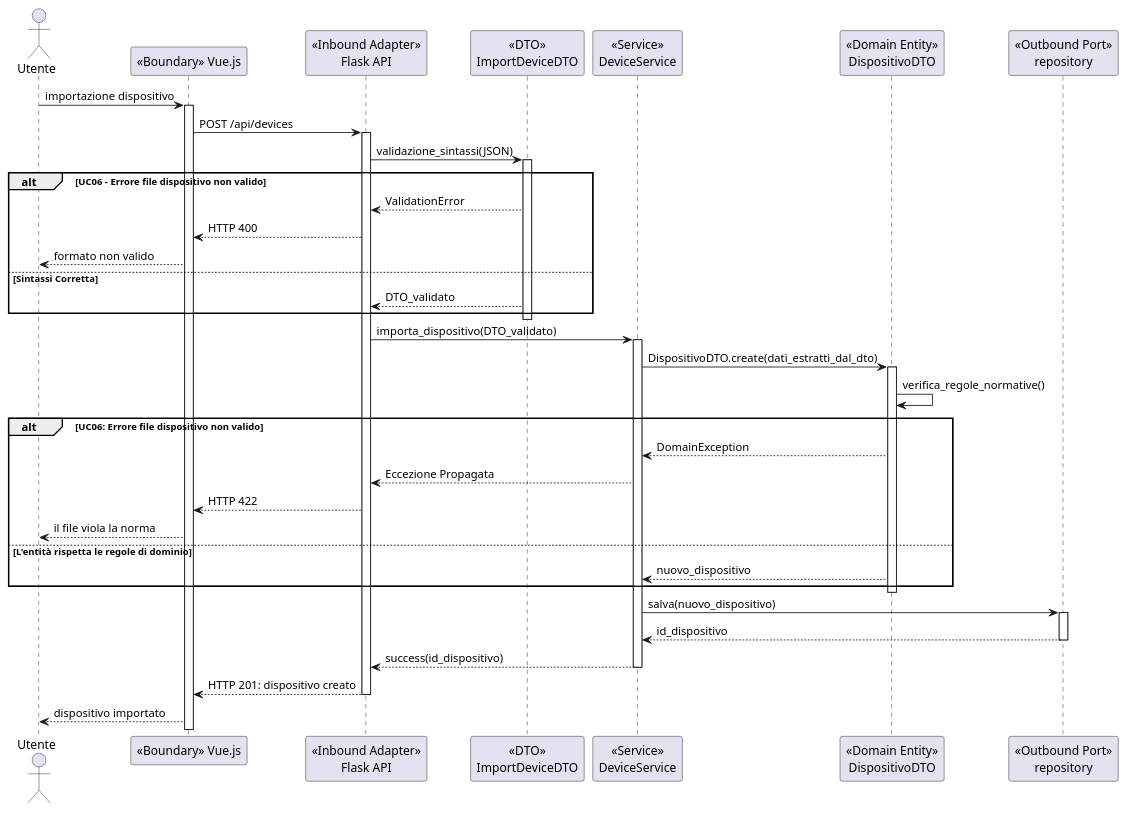
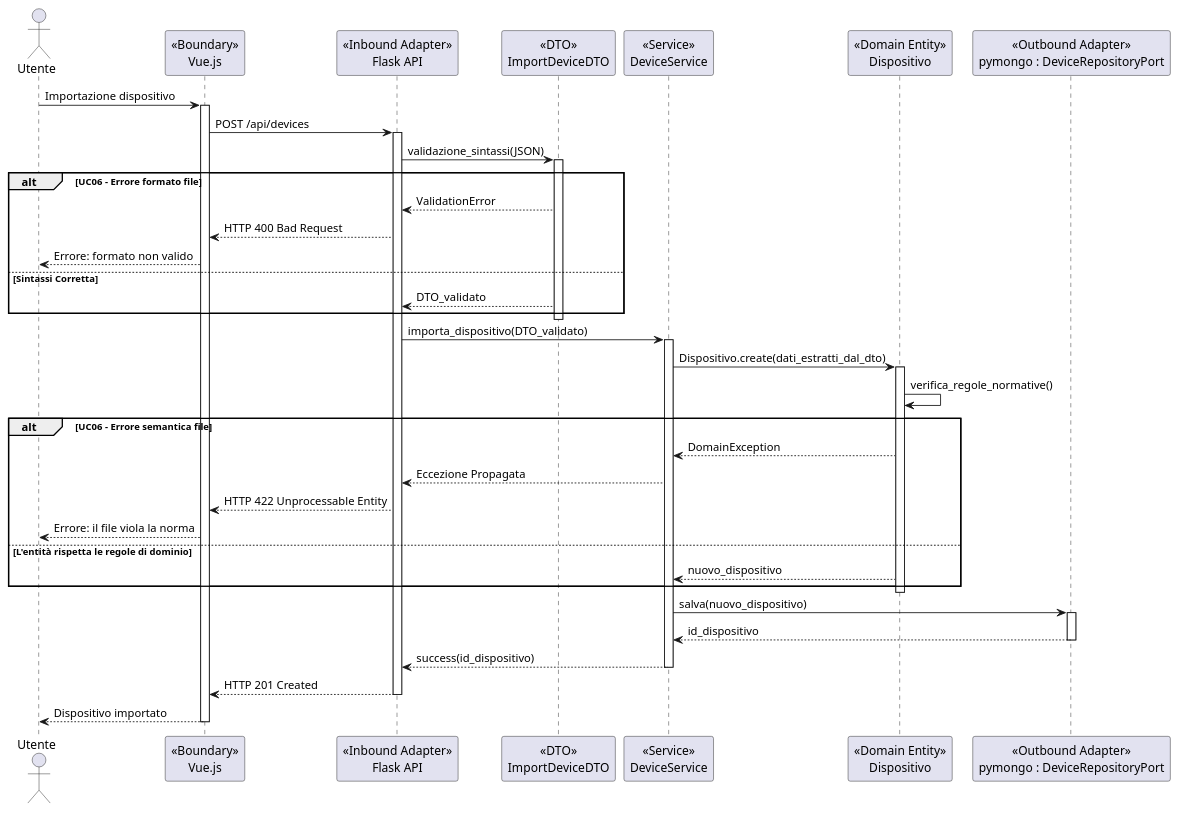
One commit to GroupRubberDuck/Documentazione changed the diagram in src/PB/DocumentazioneEsterna/Specifica_Tecnica/content/03-architettura/uml/puml/Importazione_dispositivo.puml. Above: the diagram before and after it, drawn with PlantUML. The commit also changed 5 other files, not shown here.

Commit message:
Feat: aggiunto diagramma di sequenza per report conformità. #160

```diff
--- a/src/PB/DocumentazioneEsterna/Specifica_Tecnica/content/03-architettura/uml/puml/Importazione_dispositivo.puml
+++ b/src/PB/DocumentazioneEsterna/Specifica_Tecnica/content/03-architettura/uml/puml/Importazione_dispositivo.puml
@@ -1,59 +1,60 @@
-@startuml importazione_dispositivo_uc05-06
+@startuml Importazione_dispositivo_uc05_06
 
 actor "Utente" as utente
-participant "<<Boundary>> Vue.js" as vue
+participant "<<Boundary>>\nVue.js" as vue
 participant "<<Inbound Adapter>>\nFlask API" as flask
 participant "<<DTO>>\nImportDeviceDTO" as DTO
 participant "<<Service>>\nDeviceService" as service
-participant "<<Domain Entity>>\nDispositivoDTO" as domain
-participant "<<Outbound Port>>\nrepository" as repo
+participant "<<Domain Entity>>\nDispositivo" as domain
+participant "<<Outbound Adapter>>\npymongo : DeviceRepositoryPort" as repo
 
-utente -> vue: importazione dispositivo
+utente -> vue: Importazione dispositivo
 activate vue
 
 vue -> flask: POST /api/devices
 activate flask
 
 flask -> DTO: validazione_sintassi(JSON)
 activate DTO
 
-alt UC06 - Errore file dispositivo non valido
+alt UC06 - Errore formato file
     DTO --> flask: ValidationError
-    flask --> vue: HTTP 400
-    vue --> utente: formato non valido
+    flask --> vue: HTTP 400 Bad Request
+    vue --> utente: Errore: formato non valido
 else Sintassi Corretta
     DTO --> flask: DTO_validato
 end
 deactivate DTO
 
 flask -> service: importa_dispositivo(DTO_validato)
 activate service
 
-service -> domain: DispositivoDTO.create(dati_estratti_dal_dto)
+service -> domain: Dispositivo.create(dati_estratti_dal_dto)
 activate domain
 
 domain -> domain: verifica_regole_normative()
-alt UC06: Errore file dispositivo non valido
+alt UC06 - Errore semantica file
     domain --> service: DomainException
     service --> flask: Eccezione Propagata
-    flask --> vue: HTTP 422
-    vue --> utente: il file viola la norma
+    flask --> vue: HTTP 422 Unprocessable Entity
+    vue --> utente: Errore: il file viola la norma
 else L'entità rispetta le regole di dominio
     domain --> service: nuovo_dispositivo
 end
 deactivate domain
 
 service -> repo: salva(nuovo_dispositivo)
 activate repo
 repo --> service: id_dispositivo
 deactivate repo
 
 service --> flask: success(id_dispositivo)
 deactivate service
 
-flask --> vue: HTTP 201: dispositivo creato
+flask --> vue: HTTP 201 Created
 deactivate flask
 
-vue --> utente: dispositivo importato
+vue --> utente: Dispositivo importato
+deactivate vue
 
 @enduml
```
